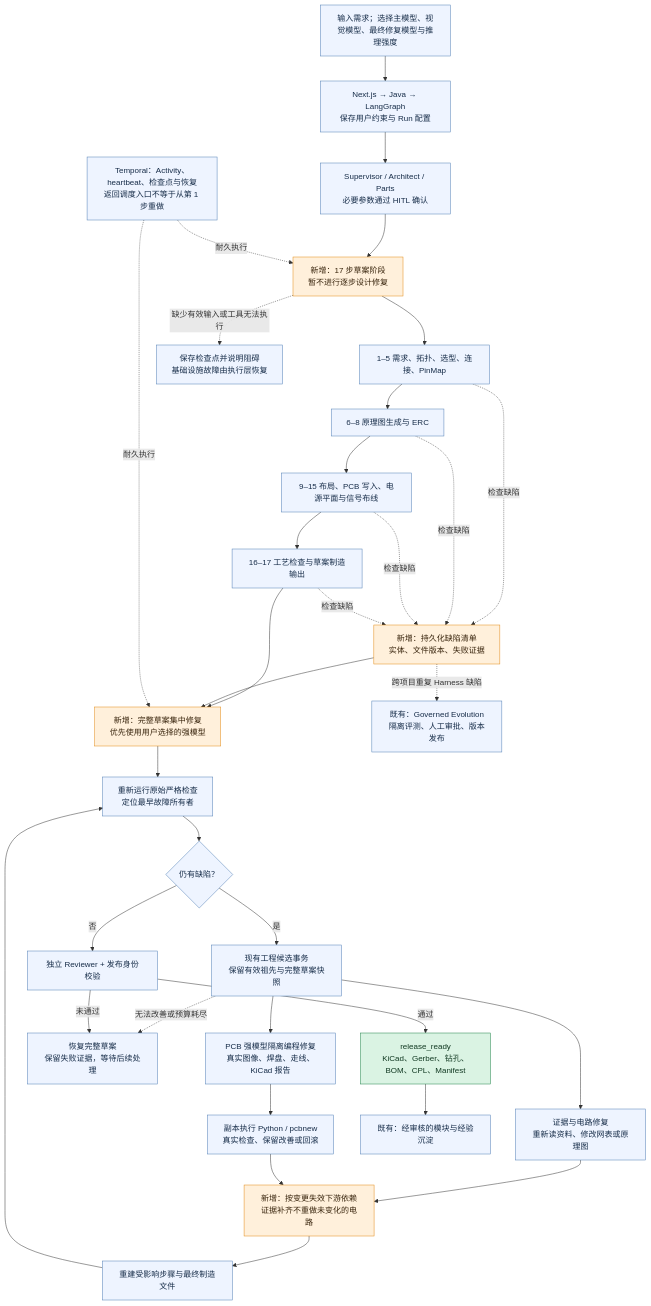
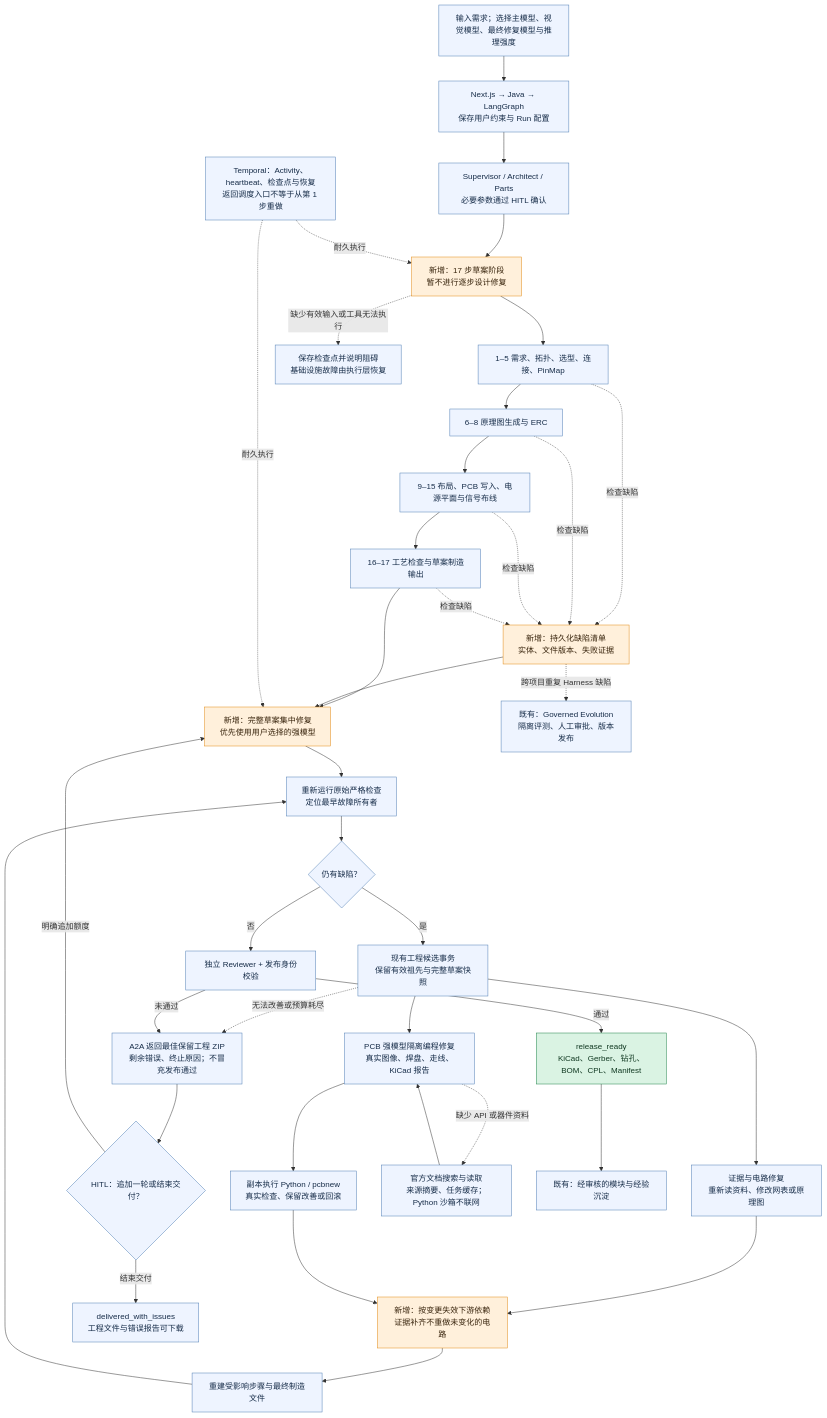
Before and after one commit to BruceZhq/kicad-design-multi-agent-system: the third of 7 diagrams in README.md, drawn with Mermaid. The commit also changed other lines of this file and 43 other files, not shown here.

````diff
--- a/README.md
+++ b/README.md
@@ -60,40 +62,45 @@
 ```mermaid
 flowchart TD
     U["输入需求；选择主模型、视觉模型、最终修复模型与推理强度"] --> API["Next.js → Java → LangGraph<br/>保存用户约束与 Run 配置"]
     API --> H["Supervisor / Architect / Parts<br/>必要参数通过 HITL 确认"]
     H --> D["新增：17 步草案阶段<br/>暂不进行逐步设计修复"]
     D --> S["1–5 需求、拓扑、选型、连接、PinMap"]
     S --> SCH["6–8 原理图生成与 ERC"]
     SCH --> PCB["9–15 布局、PCB 写入、电源平面与信号布线"]
     PCB --> FAB["16–17 工艺检查与草案制造输出"]
     S -. 检查缺陷 .-> L["新增：持久化缺陷清单<br/>实体、文件版本、失败证据"]
     SCH -. 检查缺陷 .-> L
     PCB -. 检查缺陷 .-> L
     FAB -. 检查缺陷 .-> L
     D -. 缺少有效输入或工具无法执行 .-> STOP["保存检查点并说明阻碍<br/>基础设施故障由执行层恢复"]
     FAB --> F["新增：完整草案集中修复<br/>优先使用用户选择的强模型"]
     L --> F
     F --> V["重新运行原始严格检查<br/>定位最早故障所有者"]
     V --> Q{"仍有缺陷？"}
     Q -- 否 --> REV["独立 Reviewer + 发布身份校验"]
     Q -- 是 --> C["现有工程候选事务<br/>保留有效祖先与完整草案快照"]
     C --> E["证据与电路修复<br/>重新读资料、修改网表或原理图"]
     C --> B["PCB 强模型隔离编程修复<br/>真实图像、焊盘、走线、KiCad 报告"]
     B --> K["副本执行 Python / pcbnew<br/>真实检查、保留改善或回滚"]
     E --> I["新增：按变更失效下游依赖<br/>证据补齐不重做未变化的电路"]
     K --> I
     I --> M["重建受影响步骤与最终制造文件"]
     M --> V
-    C -. 无法改善或预算耗尽 .-> P["恢复完整草案<br/>保留失败证据，等待后续处理"]
+    C -. 无法改善或预算耗尽 .-> P["A2A 返回最佳保留工程 ZIP<br/>剩余错误、终止原因；不冒充发布通过"]
+    P --> CH{"HITL：追加一轮或结束交付？"}
+    CH -- 明确追加额度 --> F
+    CH -- 结束交付 --> DI["delivered_with_issues<br/>工程文件与错误报告可下载"]
+    B -. 缺少 API 或器件资料 .-> WEB["官方文档搜索与读取<br/>来源摘要、任务缓存；Python 沙箱不联网"]
+    WEB --> B
     REV -- 通过 --> R["release_ready<br/>KiCad、Gerber、钻孔、BOM、CPL、Manifest"]
     REV -- 未通过 --> P
     T["Temporal：Activity、heartbeat、检查点与恢复<br/>返回调度入口不等于从第 1 步重做"] -. 耐久执行 .-> D
     T -. 耐久执行 .-> F
     R --> LIB["既有：经审核的模块与经验沉淀"]
     L -. 跨项目重复 Harness 缺陷 .-> EV["既有：Governed Evolution<br/>隔离评测、人工审批、版本发布"]
     classDef added fill:#fff0db,stroke:#e28a16,color:#38240c;
     classDef default fill:#eef4ff,stroke:#517fb5,color:#172d49;
     classDef released fill:#daf3e3,stroke:#21834a,color:#123a23;
     class D,L,F,I added;
     class R released;
 ```
````
